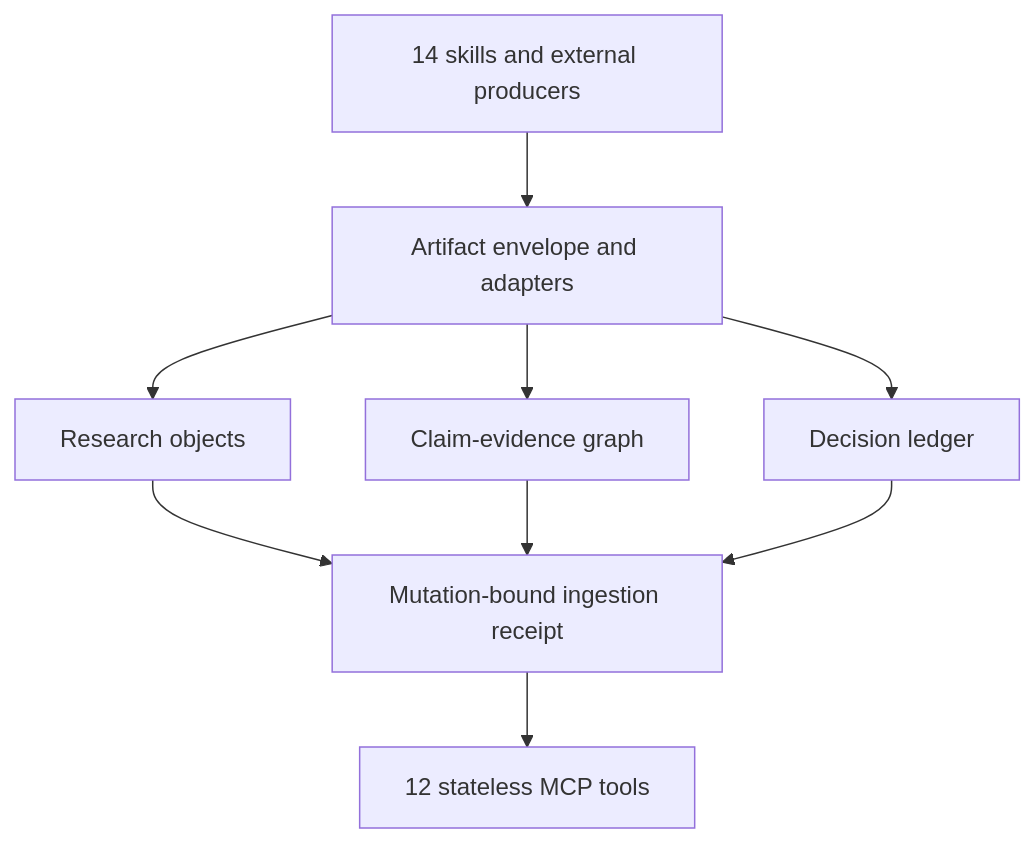
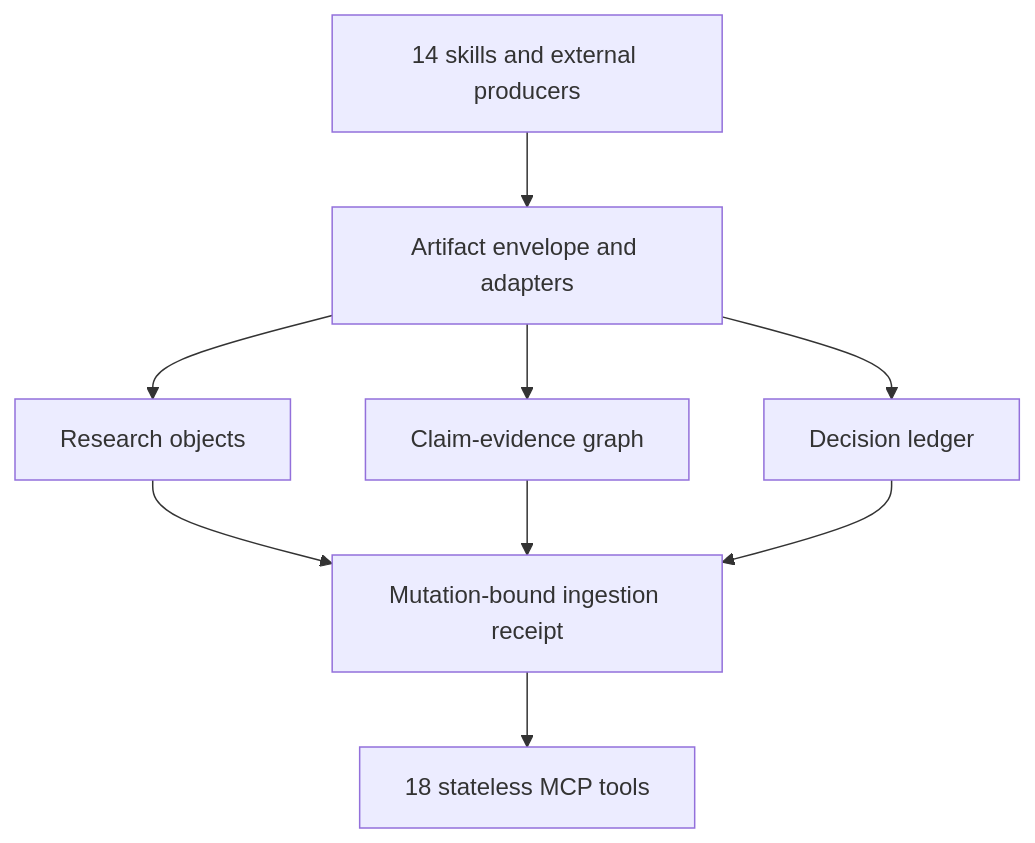
One commit to xngg1021/academic-research-kernel changed the diagram in docs/kernel-architecture.md. Above: the diagram before and after it, drawn with Mermaid. The commit also changed other lines of this file and 27 other files, not shown here.

First line of the commit message:
docs(readme): align 23 localized READMEs and architecture docs with v2.4.0 contracts

````diff
--- a/docs/kernel-architecture.md
+++ b/docs/kernel-architecture.md
@@ -9,11 +9,11 @@
 ```mermaid
 flowchart TD
     A["14 skills and external producers"] --> B["Artifact envelope and adapters"]
     B --> C["Research objects"]
     B --> D["Claim-evidence graph"]
     B --> E["Decision ledger"]
     C --> F["Mutation-bound ingestion receipt"]
     D --> F
     E --> F
-    F --> G["12 stateless MCP tools"]
+    F --> G["18 stateless MCP tools"]
 ```
````
